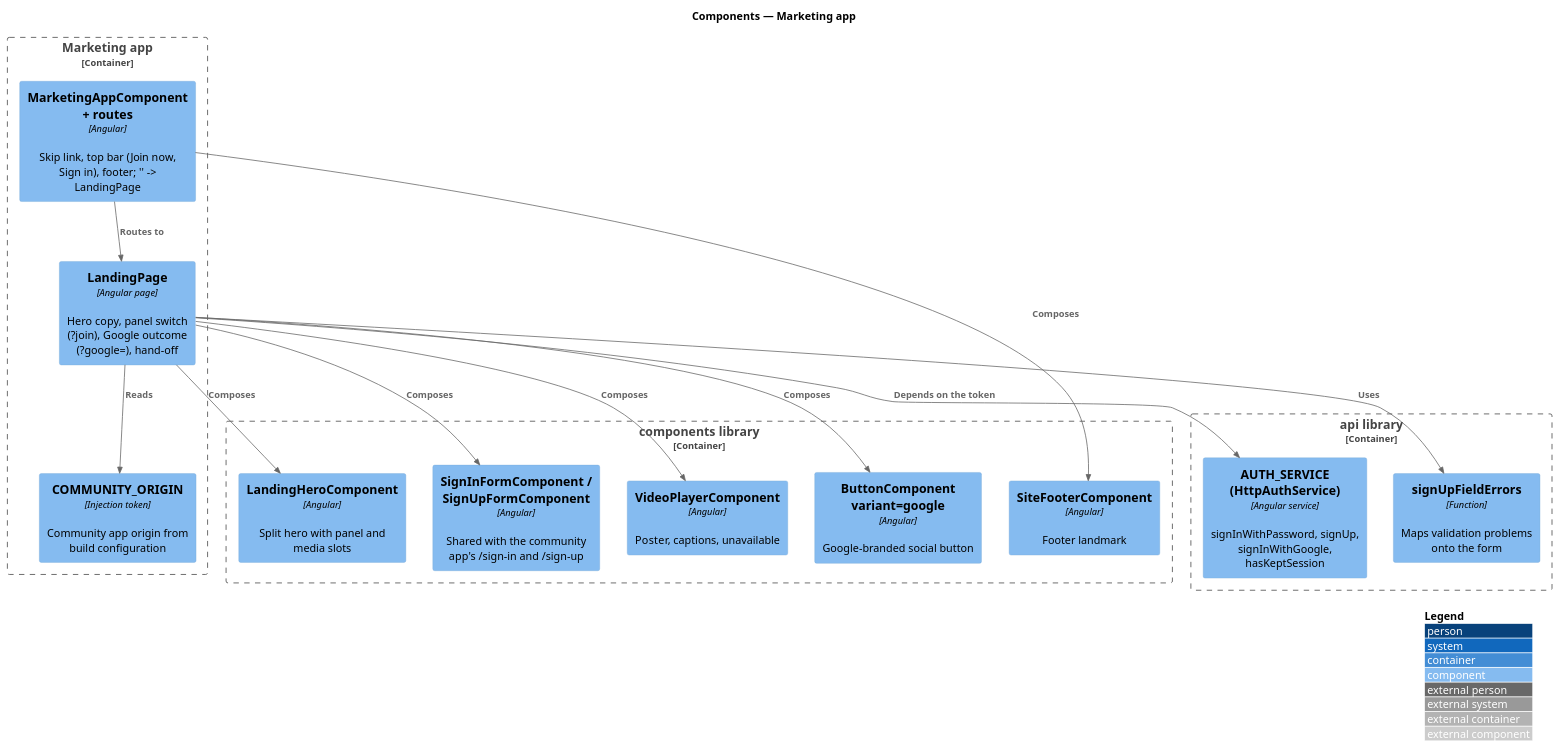
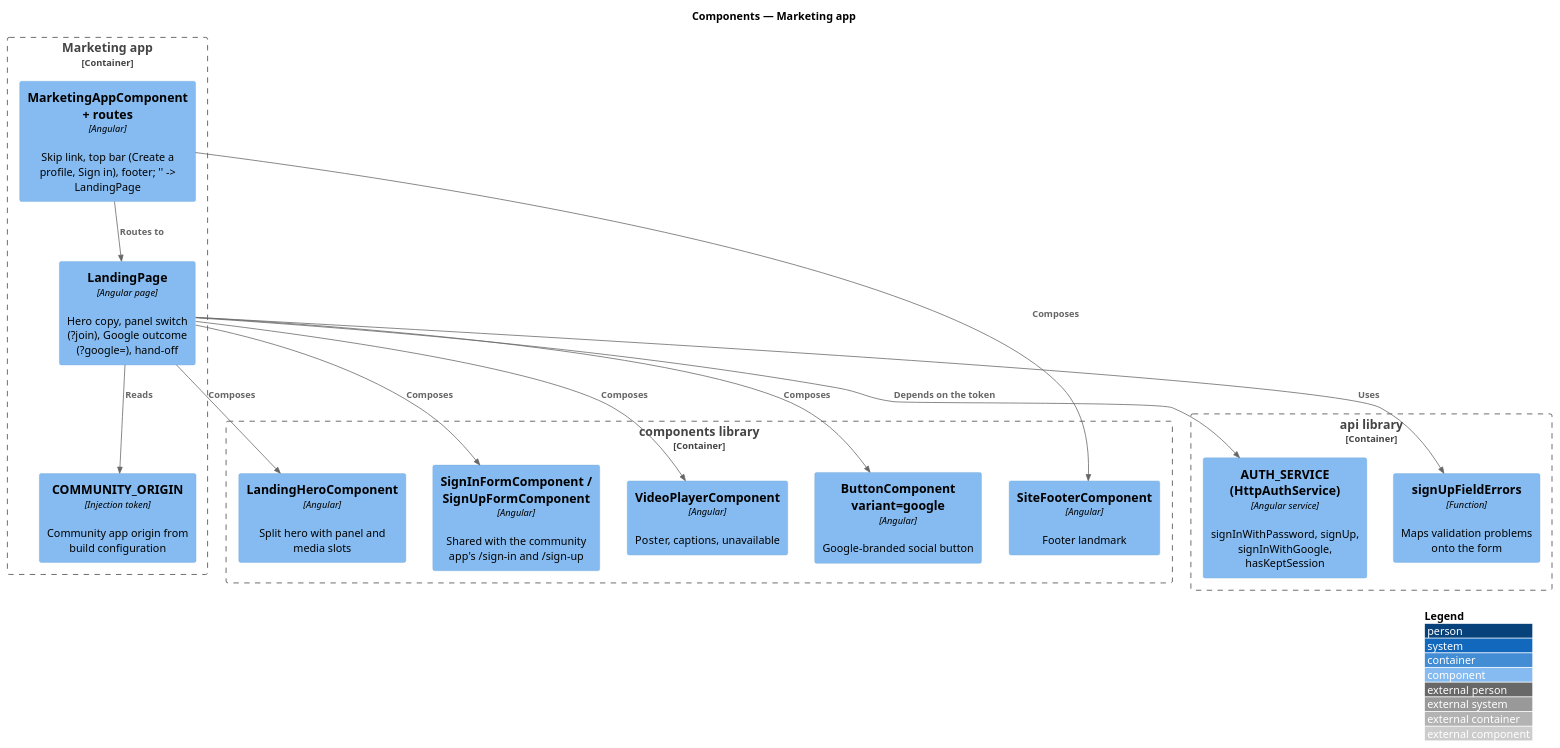
One commit to QuinntyneBrown/quinntyne-brown changed the diagram in docs/detailed-designs/marketing/landing-page/diagrams/c4-component.puml. Above: the diagram before and after it, drawn with PlantUML. The commit also changed 23 other files, not shown here.

Commit message:
Spec and design the re-messaged marketing page

```diff
--- a/docs/detailed-designs/marketing/landing-page/diagrams/c4-component.puml
+++ b/docs/detailed-designs/marketing/landing-page/diagrams/c4-component.puml
@@ -1,31 +1,31 @@
 @startuml
 !include <C4/C4_Component>
 LAYOUT_WITH_LEGEND()
 title Components — Marketing app
 
 Container_Boundary(mkt, "Marketing app") {
-  Component(shell, "MarketingAppComponent + routes", "Angular", "Skip link, top bar (Join now, Sign in), footer; '' -> LandingPage")
+  Component(shell, "MarketingAppComponent + routes", "Angular", "Skip link, top bar (Create a profile, Sign in), footer; '' -> LandingPage")
   Component(page, "LandingPage", "Angular page", "Hero copy, panel switch (?join), Google outcome (?google=), hand-off")
   Component(origin, "COMMUNITY_ORIGIN", "Injection token", "Community app origin from build configuration")
 }
 Container_Boundary(lib, "components library") {
   Component(hero, "LandingHeroComponent", "Angular", "Split hero with panel and media slots")
   Component(forms, "SignInFormComponent / SignUpFormComponent", "Angular", "Shared with the community app's /sign-in and /sign-up")
   Component(video, "VideoPlayerComponent", "Angular", "Poster, captions, unavailable")
   Component(btn, "ButtonComponent variant=google", "Angular", "Google-branded social button")
   Component(footer, "SiteFooterComponent", "Angular", "Footer landmark")
 }
 Container_Boundary(apilib, "api library") {
   Component(auth, "AUTH_SERVICE (HttpAuthService)", "Angular service", "signInWithPassword, signUp, signInWithGoogle, hasKeptSession")
   Component(errors, "signUpFieldErrors", "Function", "Maps validation problems onto the form")
 }
 Rel(shell, page, "Routes to")
 Rel(page, hero, "Composes")
 Rel(page, forms, "Composes")
 Rel(page, video, "Composes")
 Rel(page, btn, "Composes")
 Rel(shell, footer, "Composes")
 Rel(page, auth, "Depends on the token")
 Rel(page, errors, "Uses")
 Rel(page, origin, "Reads")
 @enduml
```
